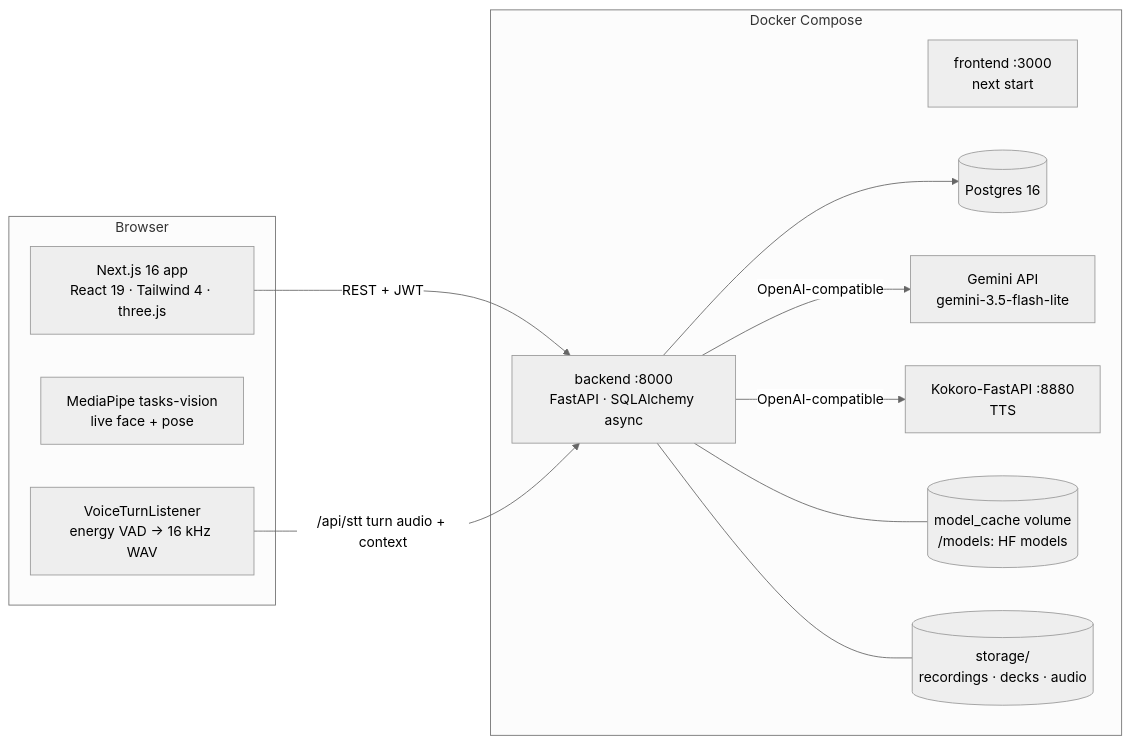
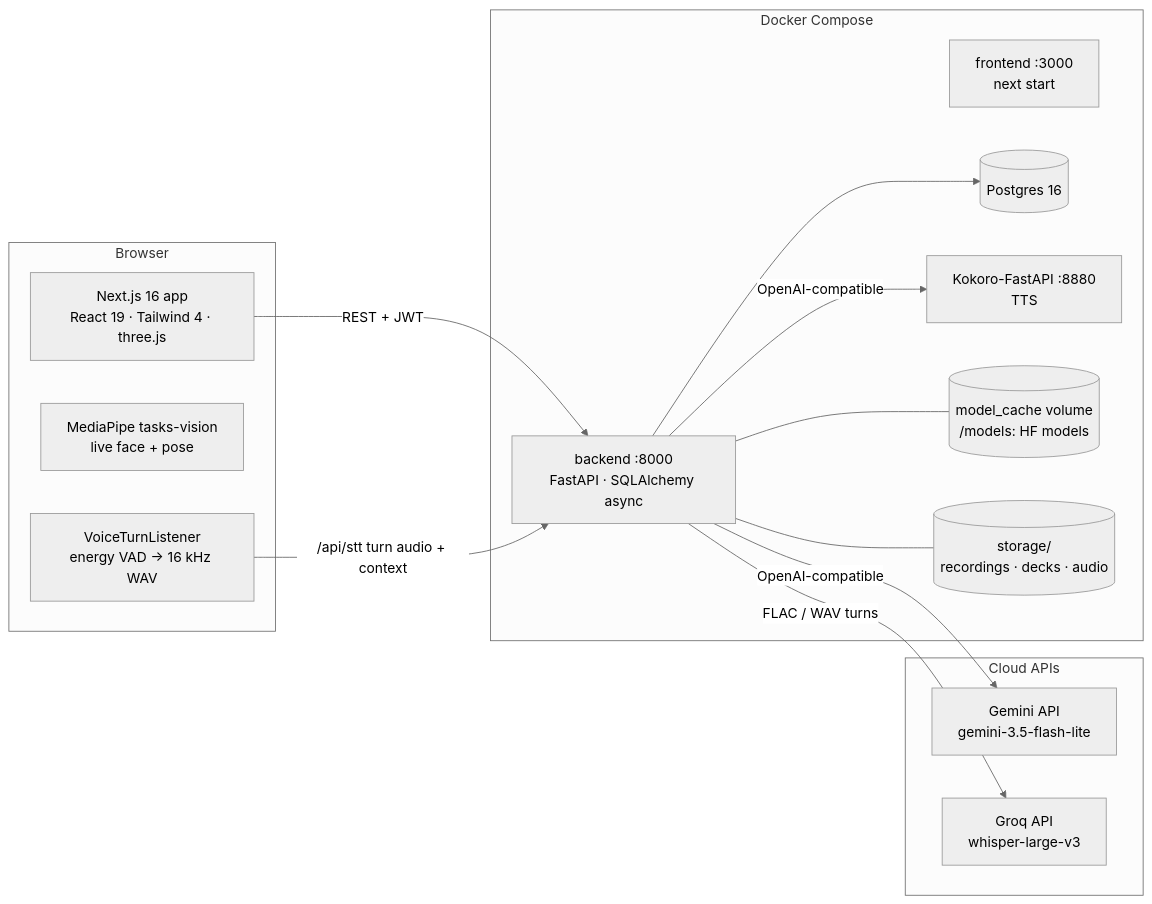
The diagram in docs/project/Architecture.md (Porhao/SpeechMate), drawn with Mermaid (neutral theme) before and after one commit. The commit also changed other lines of this file and 147 other files, not shown here.

````diff
--- a/docs/project/Architecture.md
+++ b/docs/project/Architecture.md
@@ -5,24 +5,28 @@
 ```mermaid
 flowchart LR
   subgraph Browser
     UI[Next.js 16 app<br/>React 19 · Tailwind 4 · three.js]
     MP[MediaPipe tasks-vision<br/>live face + pose]
     VAD[VoiceTurnListener<br/>energy VAD → 16 kHz WAV]
   end
   subgraph Docker Compose
     FE[frontend :3000<br/>next start]
     API[backend :8000<br/>FastAPI · SQLAlchemy async]
     DB[(Postgres 16)]
-    OL[Gemini API<br/>gemini-3.5-flash-lite]
     KO[Kokoro-FastAPI :8880<br/>TTS]
     VOL[(model_cache volume<br/>/models: HF models)]
     ST[(storage/<br/>recordings · decks · audio)]
+  end
+  subgraph Cloud APIs
+    OL[Gemini API<br/>gemini-3.5-flash-lite]
+    GQ[Groq API<br/>whisper-large-v3]
   end
   UI -- REST + JWT --> API
   VAD -- /api/stt turn audio + context --> API
   API --> DB
   API -- OpenAI-compatible --> OL
+  API -- FLAC / WAV turns --> GQ
   API -- OpenAI-compatible --> KO
   API --- VOL
   API --- ST
 ```
````
